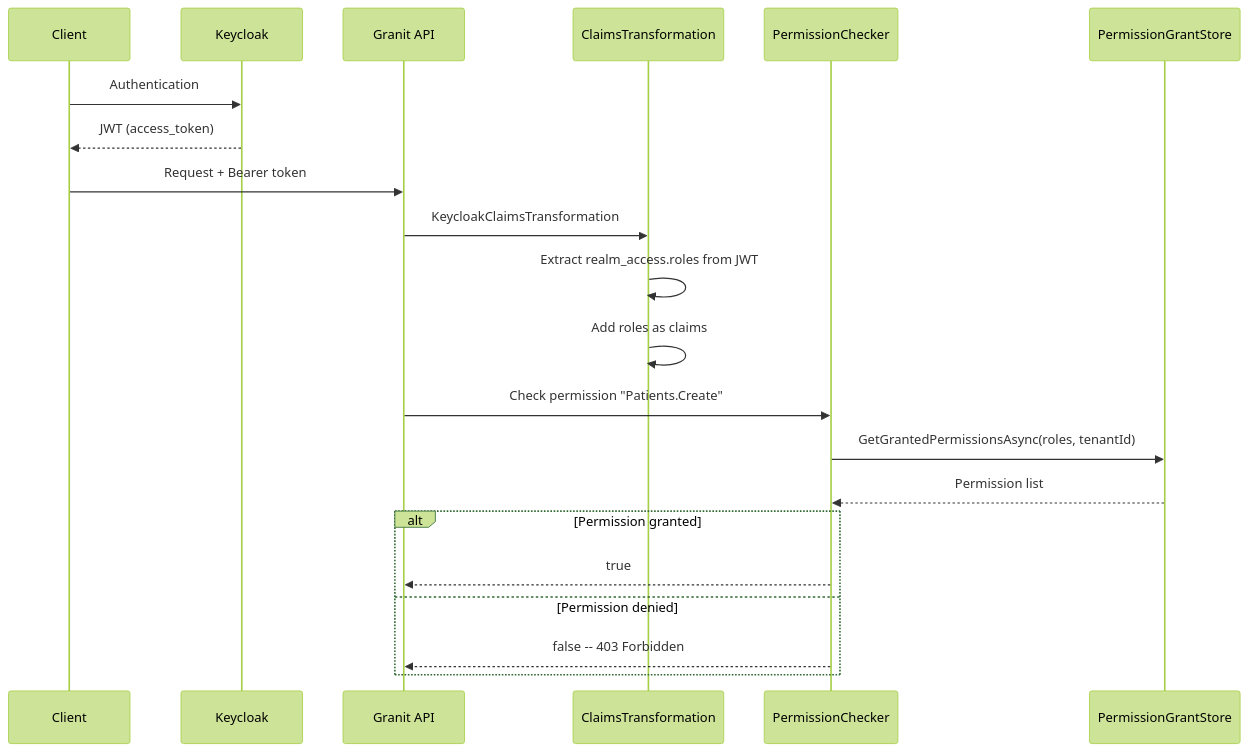
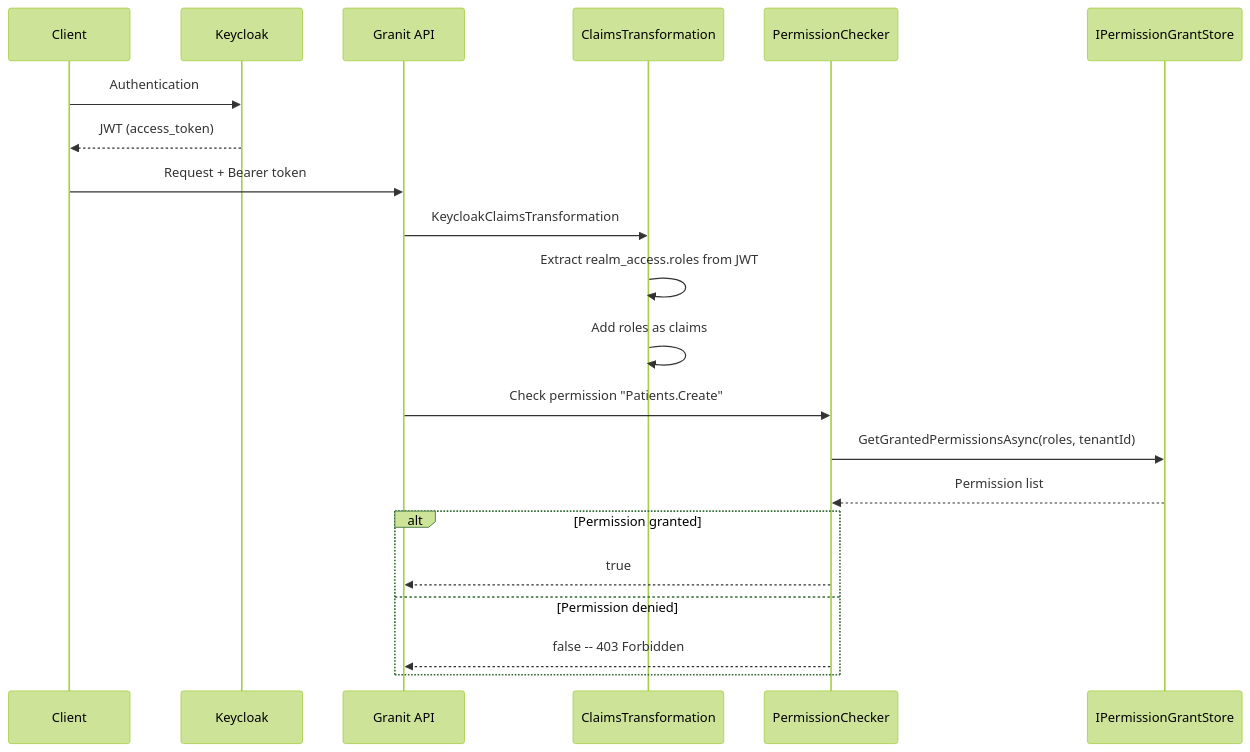
One commit to granit-fx/granit-docs changed the diagram in src/content/docs/dotnet/architecture/patterns/claims-based-identity.md. Above: the diagram before and after it, drawn with Mermaid (forest theme). The commit also changed other lines of this file and 40 other files, not shown here.

First line of the commit message:
fix(docs): fix uncompilable calls, diagram types and dead source links

````diff
--- a/src/content/docs/dotnet/architecture/patterns/claims-based-identity.md
+++ b/src/content/docs/dotnet/architecture/patterns/claims-based-identity.md
@@ -22,26 +22,26 @@
 ```mermaid
 sequenceDiagram
     participant C as Client
     participant KC as Keycloak
     participant API as Granit API
     participant CT as ClaimsTransformation
     participant PC as PermissionChecker
-    participant PS as PermissionGrantStore
+    participant PS as IPermissionGrantStore
 
     C->>KC: Authentication
     KC-->>C: JWT (access_token)
     C->>API: Request + Bearer token
 
     API->>CT: KeycloakClaimsTransformation
     CT->>CT: Extract realm_access.roles from JWT
     CT->>CT: Add roles as claims
 
     API->>PC: Check permission "Patients.Create"
     PC->>PS: GetGrantedPermissionsAsync(roles, tenantId)
     PS-->>PC: Permission list
     alt Permission granted
         PC-->>API: true
     else Permission denied
         PC-->>API: false -- 403 Forbidden
     end
 ```
````
